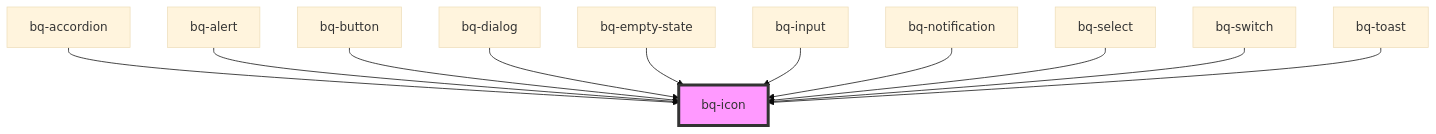
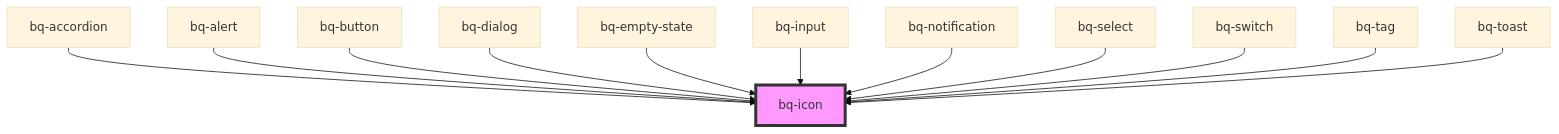
The diagram in packages/beeq/src/components/icon/readme.md (Endava/BEEQ), drawn with Mermaid (base theme) before and after one commit. The commit also changed other lines of this file and 6 other files, not shown here.

````diff
--- a/packages/beeq/src/components/icon/readme.md
+++ b/packages/beeq/src/components/icon/readme.md
@@ -51,14 +52,15 @@
 ```mermaid
 graph TD;
   bq-accordion --> bq-icon
   bq-alert --> bq-icon
   bq-button --> bq-icon
   bq-dialog --> bq-icon
   bq-empty-state --> bq-icon
   bq-input --> bq-icon
   bq-notification --> bq-icon
   bq-select --> bq-icon
   bq-switch --> bq-icon
+  bq-tag --> bq-icon
   bq-toast --> bq-icon
   style bq-icon fill:#f9f,stroke:#333,stroke-width:4px
 ```
````
